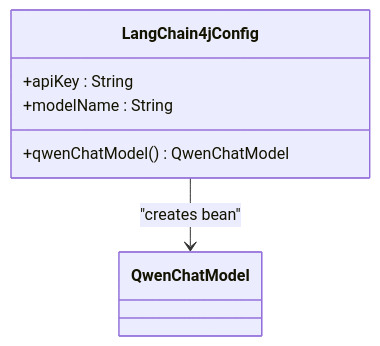
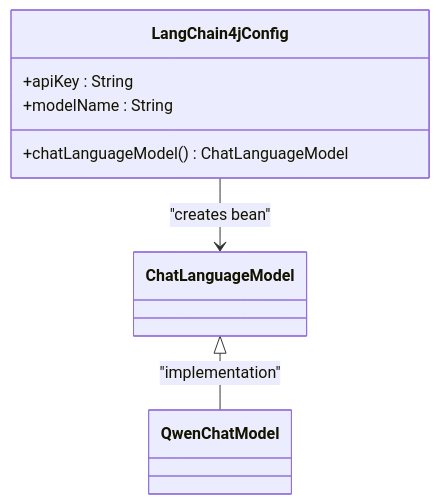
The third of 13 diagrams in .qoder/repowiki/en/content/AI Integration.md (Meng-hh/heat_calculate), drawn with Mermaid before and after one commit. The commit also changed other lines of this file and 25 other files, not shown here.

````diff
--- a/.qoder/repowiki/en/content/AI Integration.md
+++ b/.qoder/repowiki/en/content/AI Integration.md
@@ -152,10 +160,12 @@
 ```mermaid
 classDiagram
 class LangChain4jConfig {
 +apiKey : String
 +modelName : String
-+qwenChatModel() QwenChatModel
++chatLanguageModel() ChatLanguageModel
 }
+class ChatLanguageModel
 class QwenChatModel
-LangChain4jConfig --> QwenChatModel : "creates bean"
+LangChain4jConfig --> ChatLanguageModel : "creates bean"
+ChatLanguageModel <|-- QwenChatModel : "implementation"
 ```
````
